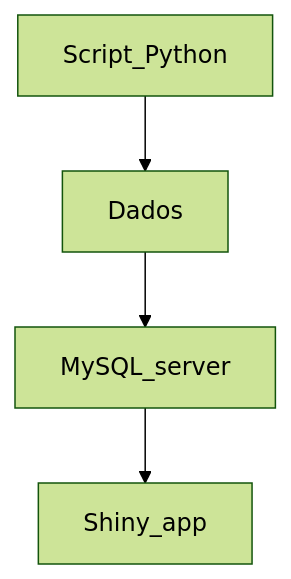
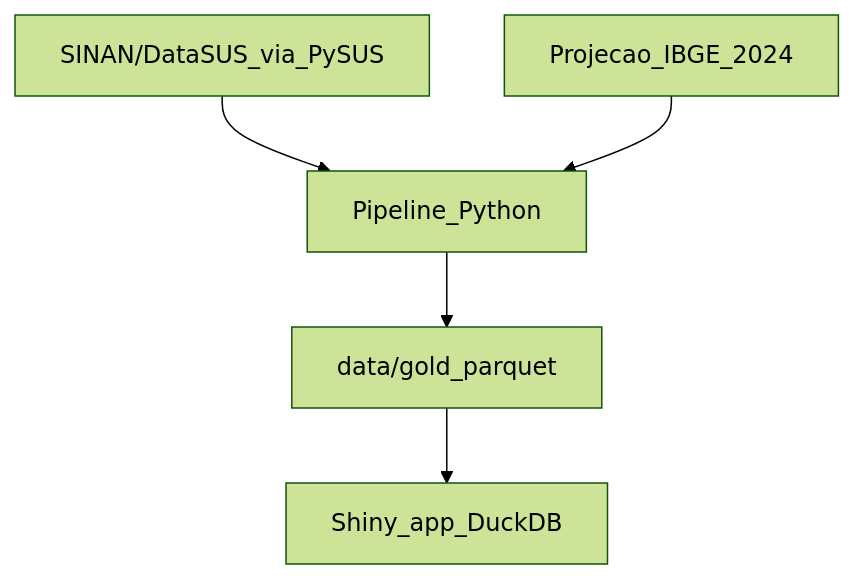
Before and after one commit to gabrielgraciano/VigiTrop: the diagram in README.md, drawn with Mermaid (forest theme). The commit also changed other lines of this file and 19 other files, not shown here.

First line of the commit message:
Fase 2: app lê o gold via DuckDB, sem MySQL; correções do app antigo

````diff
--- a/README.md
+++ b/README.md
@@ -16,6 +16,7 @@
 ```mermaid
 graph TD;
-    Script_Python-->Dados;
-    Dados-->MySQL_server;
-    MySQL_server-->Shiny_app;
+    SINAN/DataSUS_via_PySUS-->Pipeline_Python;
+    Projecao_IBGE_2024-->Pipeline_Python;
+    Pipeline_Python-->data/gold_parquet;
+    data/gold_parquet-->Shiny_app_DuckDB;
 ```
````
